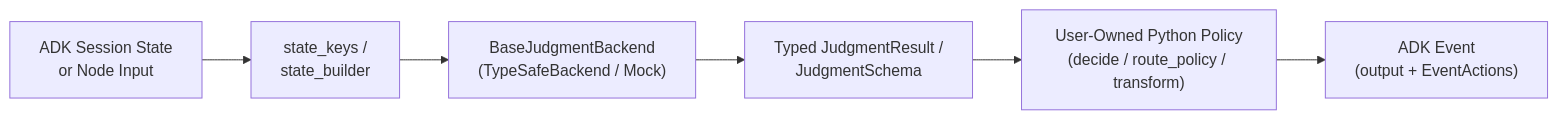
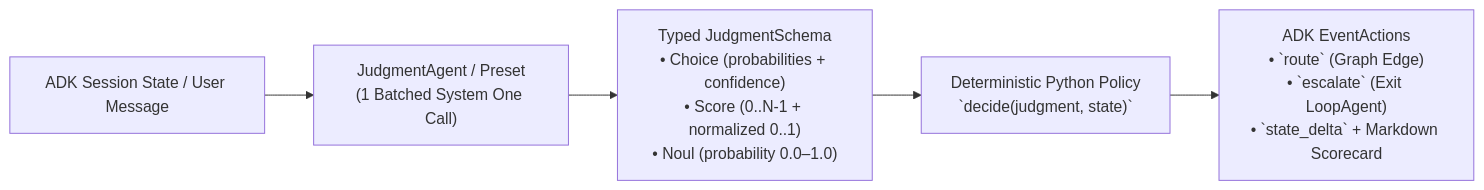
Before and after one commit to gibbster/judgment-base-agent: the diagram in README.md, drawn with Mermaid. The commit also changed other lines of this file and 19 other files, not shown here.

Commit message:
feat: redesign examples for clarity and calibrate live TypeSafe outcomes

````diff
--- a/README.md
+++ b/README.md
@@ -49,8 +20,7 @@
 ```mermaid
 flowchart LR
-    State["ADK Session State\nor Node Input"] --> Builder["state_keys /\nstate_builder"]
-    Builder --> Backend["BaseJudgmentBackend\n(TypeSafeBackend / Mock)"]
-    Backend --> Schema["Typed JudgmentResult /\nJudgmentSchema"]
-    Schema --> Policy["User-Owned Python Policy\n(decide / route_policy / transform)"]
-    Policy --> Event["ADK Event\n(output + EventActions)"]
+    State["ADK Session State / User Message"] --> JA["JudgmentAgent / Preset\n(1 Batched System One Call)"]
+    JA --> Schema["Typed JudgmentSchema\n• Choice (probabilities + confidence)\n• Score (0..N-1 + normalized 0..1)\n• Noul (probability 0.0–1.0)"]
+    Schema --> Policy["Deterministic Python Policy\n`decide(judgment, state)`"]
+    Policy --> Actions["ADK EventActions\n• `route` (Graph Edge)\n• `escalate` (Exit LoopAgent)\n• `state_delta` + Markdown Scorecard"]
 ```
````
